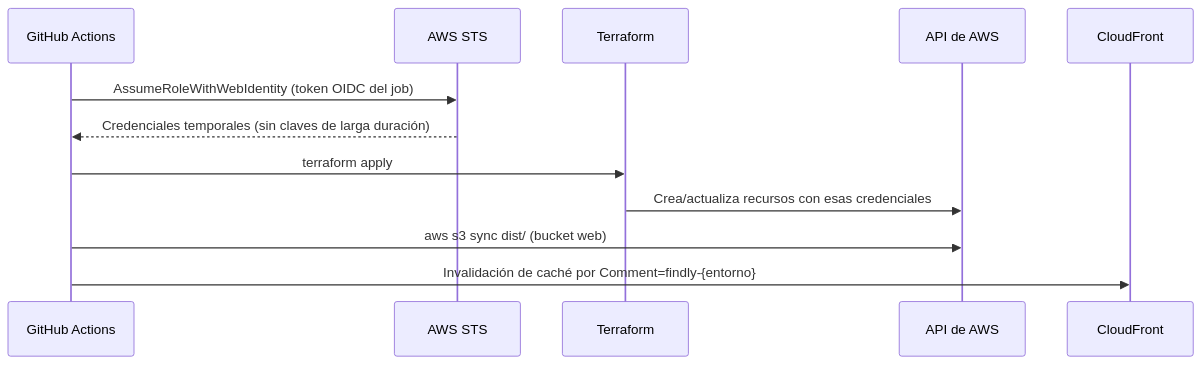
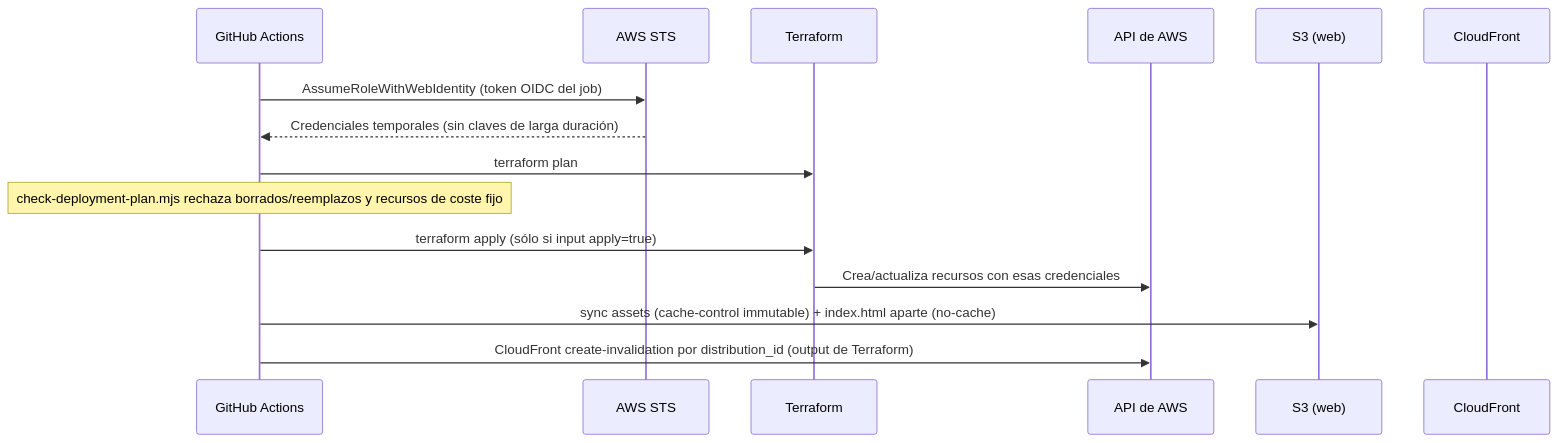
Before and after one commit to upc-malvaviscos/findly: the sixth of 6 diagrams in docs/paper/04-arquitectura-y-decisiones.md, drawn with Mermaid. The commit also changed other lines of this file and 1 other file, not shown here.

````diff
--- a/docs/paper/04-arquitectura-y-decisiones.md
+++ b/docs/paper/04-arquitectura-y-decisiones.md
@@ -321,15 +322,18 @@
 ```mermaid
 sequenceDiagram
     participant GH as GitHub Actions
     participant STS as AWS STS
     participant TF as Terraform
     participant AWS as API de AWS
+    participant S3W as S3 (web)
     participant CF as CloudFront
 
     GH->>STS: AssumeRoleWithWebIdentity (token OIDC del job)
     STS-->>GH: Credenciales temporales (sin claves de larga duración)
-    GH->>TF: terraform apply
+    GH->>TF: terraform plan
+    Note over GH: check-deployment-plan.mjs rechaza borrados/reemplazos y recursos de coste fijo
+    GH->>TF: terraform apply (sólo si input apply=true)
     TF->>AWS: Crea/actualiza recursos con esas credenciales
-    GH->>AWS: aws s3 sync dist/ (bucket web)
-    GH->>CF: Invalidación de caché por Comment=findly-{entorno}
+    GH->>S3W: sync assets (cache-control immutable) + index.html aparte (no-cache)
+    GH->>AWS: CloudFront create-invalidation por distribution_id (output de Terraform)
 ```
````
